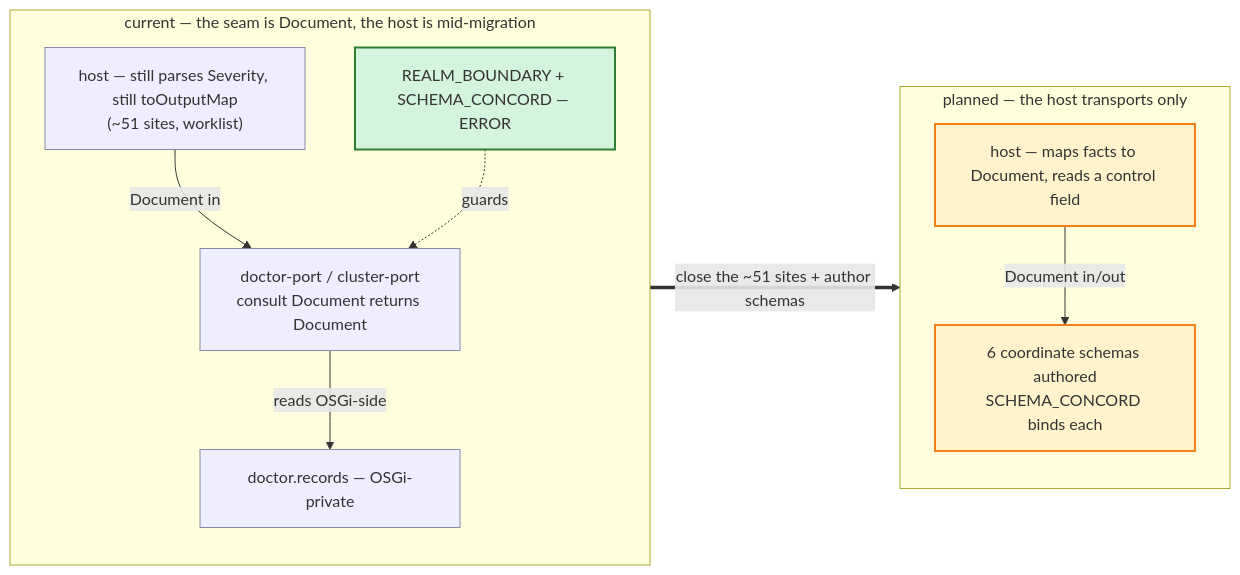
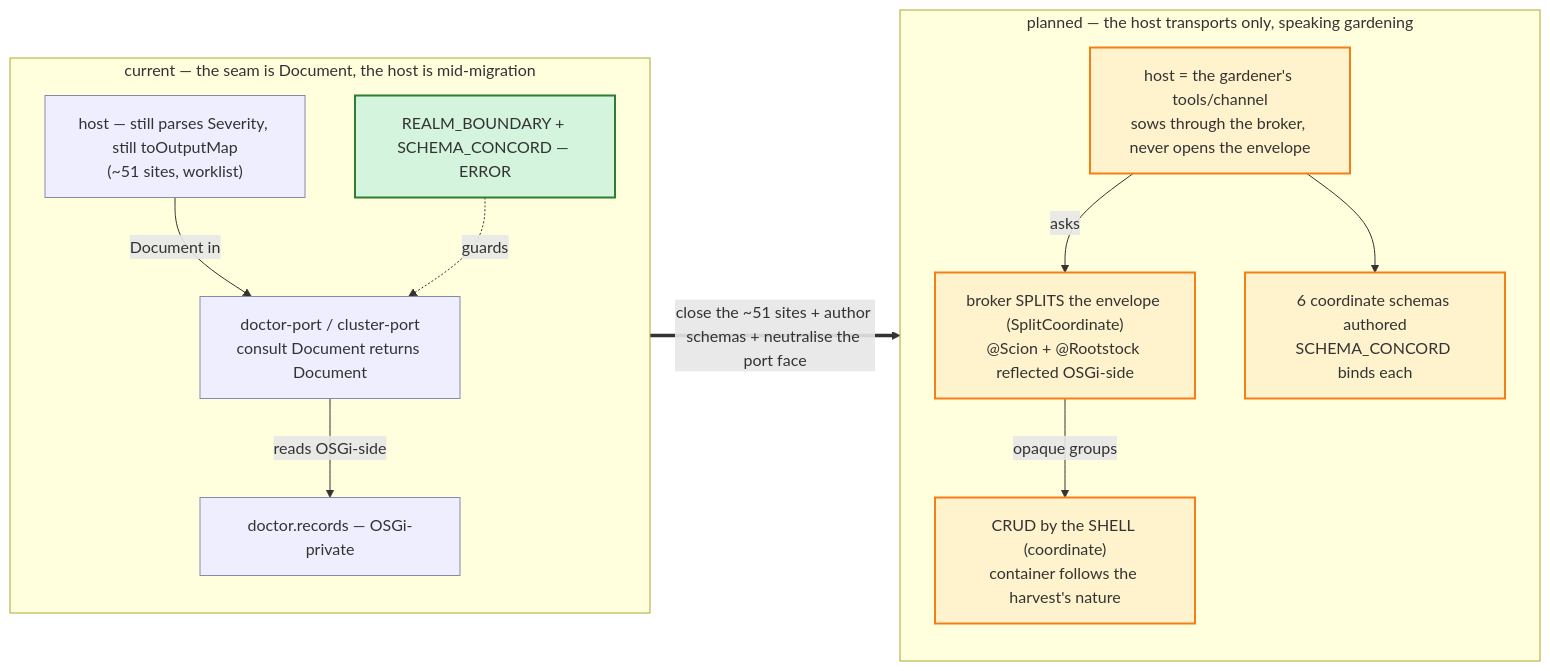
The fifth of 5 diagrams in docs/architecture/atlas/doctor.adoc (nxmatic/rke2lab), drawn with Mermaid before and after one commit. The commit also changed other lines of this file and 6 other files, not shown here.

First line of the commit message:
docs(seed-broker): the host-adaptation model — gardening register, @Scion/@Rootstock, GO on the atlas

```diff
--- a/docs/architecture/atlas/doctor.adoc
+++ b/docs/architecture/atlas/doctor.adoc
@@ -362,28 +362,32 @@
 [mermaid]
 ....
 flowchart LR
     subgraph NOW[current — the seam is Document, the host is mid-migration]
         n_port["doctor-port / cluster-port<br/>consult Document returns Document"]
         n_rec["doctor.records — OSGi-private"]
         n_gate["REALM_BOUNDARY + SCHEMA_CONCORD — ERROR"]
         n_host["host — still parses Severity, still toOutputMap<br/>(~51 sites, worklist)"]
         n_port -->|reads OSGi-side| n_rec
         n_host -->|Document in| n_port
         n_gate -.guards.-> n_port
     end
 
-    subgraph NEXT[planned — the host transports only]
-        x_host["host — maps facts to Document, reads a control field"]
+    subgraph NEXT[planned — the host transports only, speaking gardening]
+        x_host["host = the gardener's tools/channel<br/>sows through the broker, never opens the envelope"]
+        x_split["broker SPLITS the envelope (SplitCoordinate)<br/>@Scion + @Rootstock reflected OSGi-side"]
+        x_crud["CRUD by the SHELL (coordinate)<br/>container follows the harvest's nature"]
         x_schema["6 coordinate schemas authored<br/>SCHEMA_CONCORD binds each"]
-        x_host -->|Document in/out| x_schema
+        x_host -->|asks| x_split
+        x_split -->|opaque groups| x_crud
+        x_host --> x_schema
     end
 
-    NOW ==>|"close the ~51 sites + author schemas"| NEXT
+    NOW ==>|"close the ~51 sites + author schemas + neutralise the port face"| NEXT
 
     classDef now fill:#eef,stroke:#88a,stroke-width:1px;
     classDef gate fill:#d4f4dd,stroke:#2e7d32,stroke-width:2px;
     classDef next fill:#fff3cd,stroke:#f57f17,stroke-width:2px;
     class n_port,n_rec,n_host now;
     class n_gate gate;
-    class x_host,x_schema next;
+    class x_host,x_split,x_crud,x_schema next;
 ....
```
